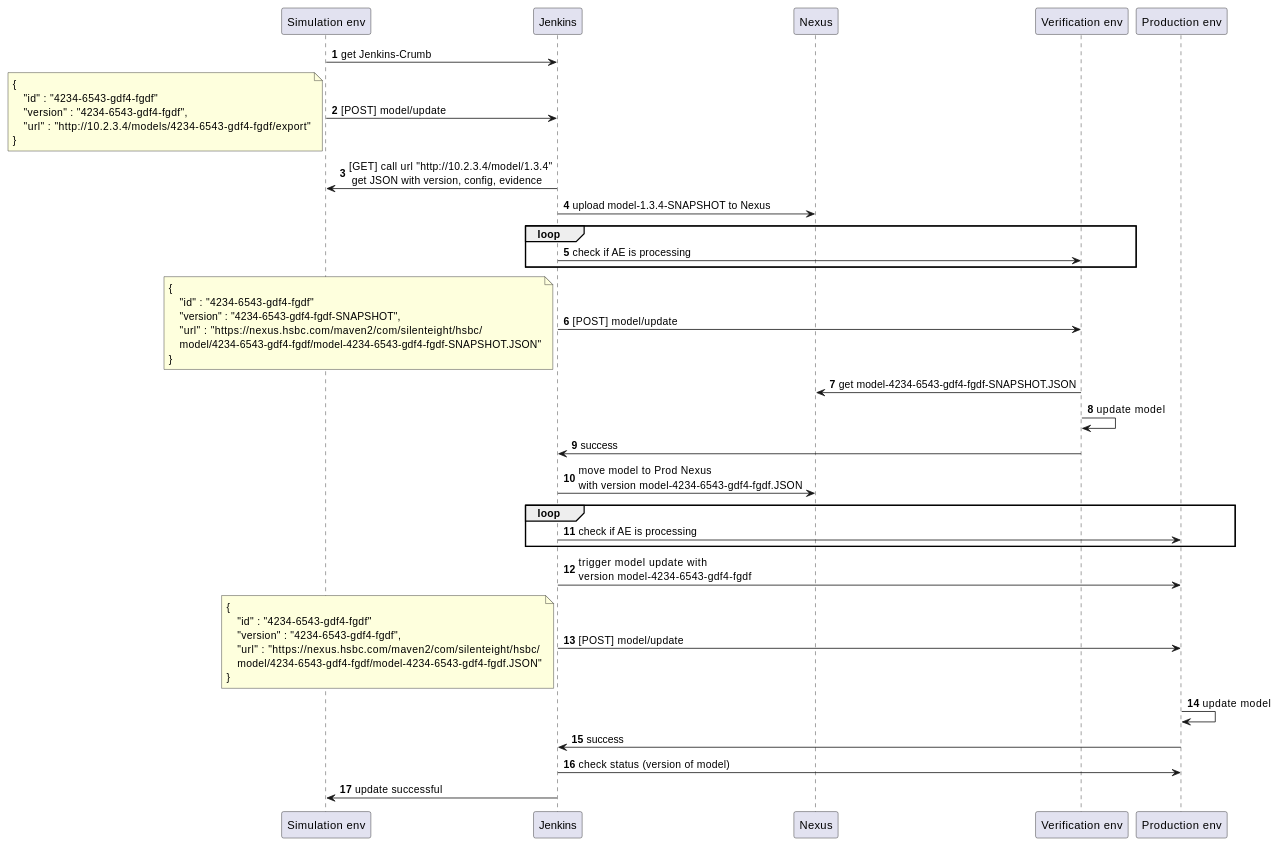
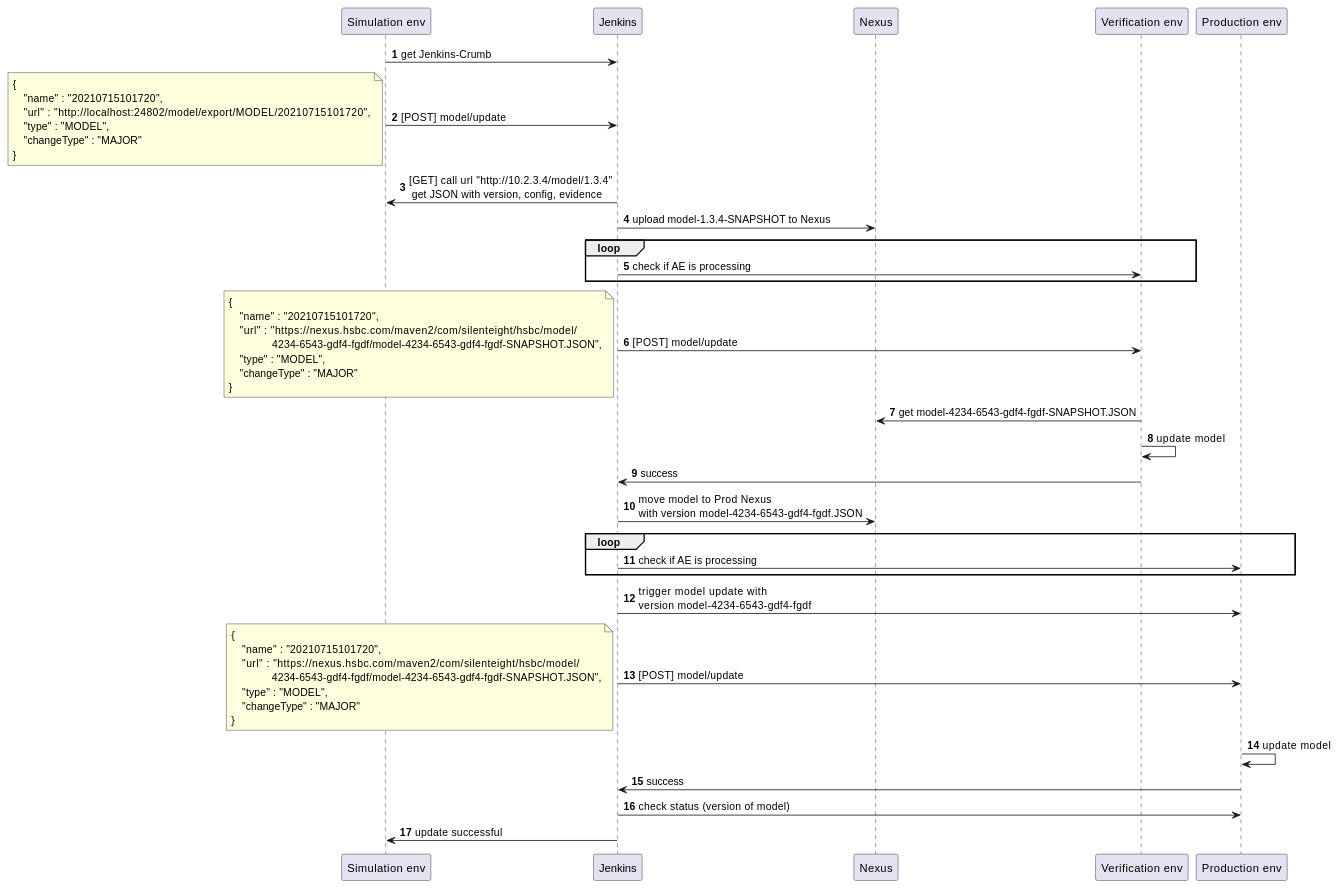
Before and after one commit to ngraczykowski/iris-root: the diagram in modules/hsbc-bridge/docs/diagrams/model-transfer/model-transfer.adoc, drawn with PlantUML. The commit also changed 8 other files, not shown here.

Commit message:
INTERNAL: Review all documentation diagrams (ALL-256)

```diff
--- a/modules/hsbc-bridge/docs/diagrams/model-transfer/model-transfer.adoc
+++ b/modules/hsbc-bridge/docs/diagrams/model-transfer/model-transfer.adoc
@@ -1,57 +1,60 @@
 [plantuml,importing-steps,svg]
 -----
 @startuml
 participant "Simulation env" as a
 participant Jenkins as b
 participant Nexus as c
 participant "Verification env" as d
 participant "Production env" as e
 
 autonumber
 
 a -> b: get Jenkins-Crumb
 a -> b: [POST] model/update
 note left
 {
-    "id" : "4234-6543-gdf4-fgdf"
-    "version" : "4234-6543-gdf4-fgdf",
-    "url" : "http://10.2.3.4/models/4234-6543-gdf4-fgdf/export"
+    "name" : "20210715101720",
+    "url" : "http://localhost:24802/model/export/MODEL/20210715101720",
+    "type" : "MODEL",
+    "changeType" : "MAJOR"
 }
 end note
 b -> a: [GET] call url "http://10.2.3.4/model/1.3.4"\n get JSON with version, config, evidence
 b -> c: upload model-1.3.4-SNAPSHOT to Nexus
 loop
 b -> d: check if AE is processing
 end look
 b -> d: [POST] model/update
 note left
 {
-    "id" : "4234-6543-gdf4-fgdf"
-    "version" : "4234-6543-gdf4-fgdf-SNAPSHOT",
-    "url" : "https://nexus.hsbc.com/maven2/com/silenteight/hsbc/
-    model/4234-6543-gdf4-fgdf/model-4234-6543-gdf4-fgdf-SNAPSHOT.JSON"
+    "name" : "20210715101720",
+    "url" : "https://nexus.hsbc.com/maven2/com/silenteight/hsbc/model/
+                4234-6543-gdf4-fgdf/model-4234-6543-gdf4-fgdf-SNAPSHOT.JSON",
+    "type" : "MODEL",
+    "changeType" : "MAJOR"
 }
 end note
 d -> c: get model-4234-6543-gdf4-fgdf-SNAPSHOT.JSON
 d -> d: update model
 d -> b: success
 b -> c: move model to Prod Nexus\nwith version model-4234-6543-gdf4-fgdf.JSON
 loop
 b -> e: check if AE is processing
 end look
 b -> e: trigger model update with \nversion model-4234-6543-gdf4-fgdf
 b -> e: [POST] model/update
 note left
 {
-    "id" : "4234-6543-gdf4-fgdf"
-    "version" : "4234-6543-gdf4-fgdf",
-    "url" : "https://nexus.hsbc.com/maven2/com/silenteight/hsbc/
-    model/4234-6543-gdf4-fgdf/model-4234-6543-gdf4-fgdf.JSON"
+    "name" : "20210715101720",
+    "url" : "https://nexus.hsbc.com/maven2/com/silenteight/hsbc/model/
+               4234-6543-gdf4-fgdf/model-4234-6543-gdf4-fgdf-SNAPSHOT.JSON",
+    "type" : "MODEL",
+    "changeType" : "MAJOR"
 }
 end note
 e -> e: update model
 e -> b: success
 b -> e: check status (version of model)
 b -> a: update successful
 @enduml
 -----
```
